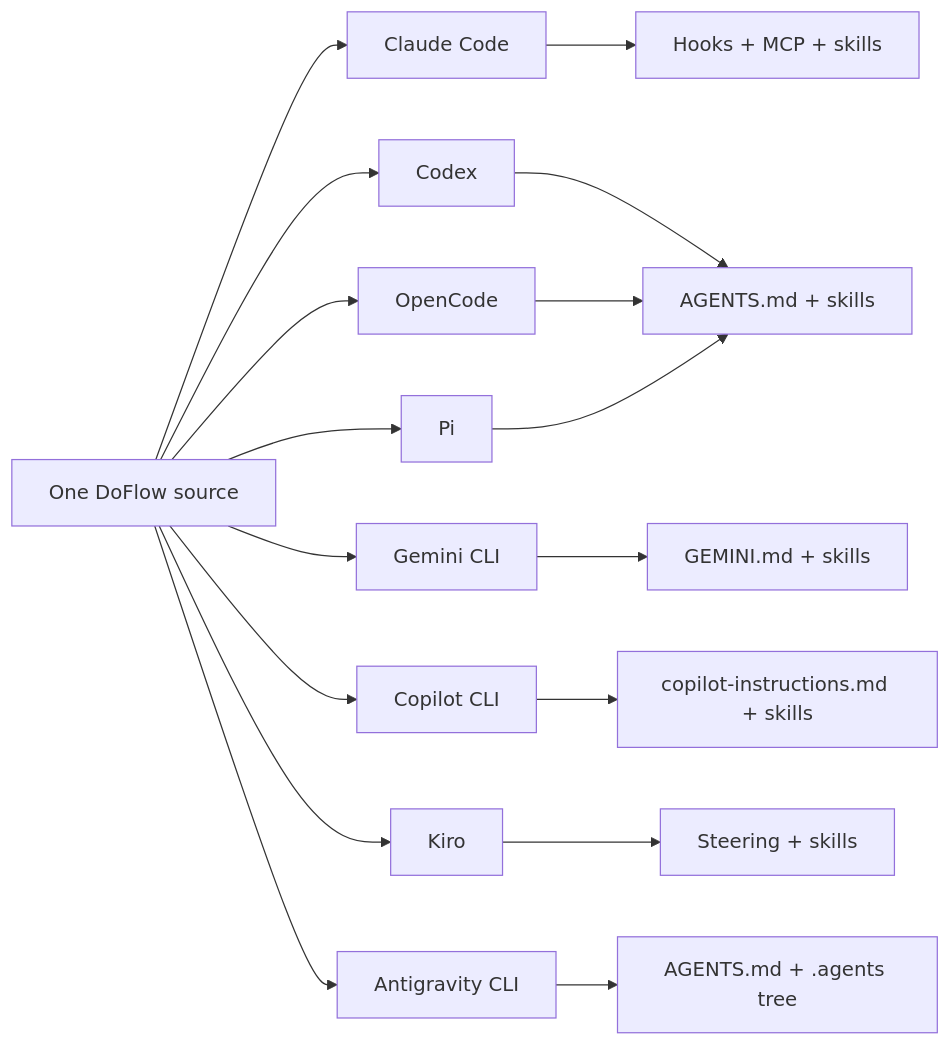
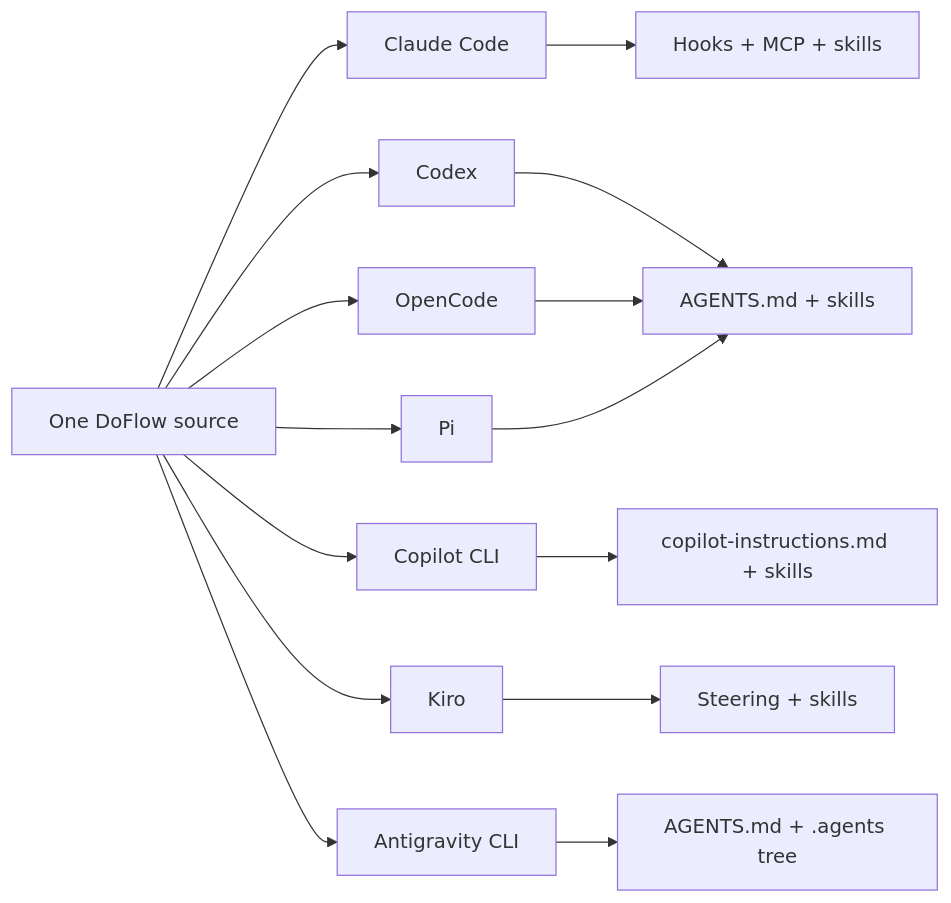
One commit to khoavu882/do-flow changed the first of 2 diagrams in README.md. Above: the diagram before and after it, drawn with Mermaid. The commit also changed other lines of this file and 15 other files, not shown here.

First line of the commit message:
docs: seven harnesses; Gemini CLI retired, Antigravity owns ~/.gemini/GEMINI.md

````diff
--- a/README.md
+++ b/README.md
@@ -7,19 +7,17 @@
 ```mermaid
 flowchart LR
     R[One DoFlow source] --> C[Claude Code]
     R --> X[Codex]
-    R --> G[Gemini CLI]
     R --> O[OpenCode]
     R --> P[Pi]
     R --> CP[Copilot CLI]
     R --> K[Kiro]
     R --> A[Antigravity CLI]
     C --> H[Hooks + MCP + skills]
     X --> S[AGENTS.md + skills]
-    G --> GM[GEMINI.md + skills]
     A --> AG[AGENTS.md + .agents tree]
     O --> S
     P --> S
     CP --> CI[copilot-instructions.md + skills]
     K --> ST[Steering + skills]
 ```
````
